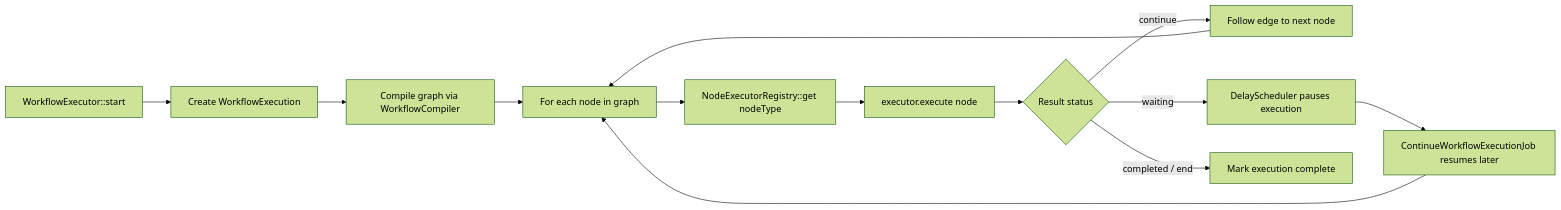
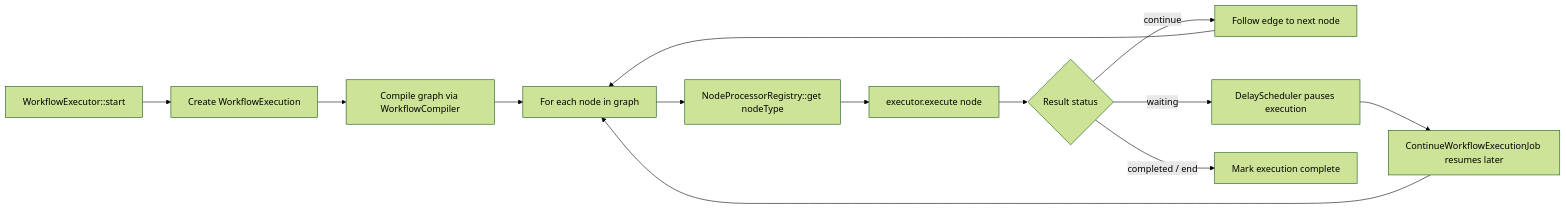
One commit to Gokul-HIP/HIP_backend changed the second of 3 diagrams in docs/workflow/MODULES_ARCHITECTURE_AND_AUTOMATION_ENGINE.md. Above: the diagram before and after it, drawn with Mermaid (forest theme). The commit also changed other lines of this file and 227 other files, not shown here.

Commit message:
automation engin event,trigger,node processor

````diff
--- a/docs/workflow/MODULES_ARCHITECTURE_AND_AUTOMATION_ENGINE.md
+++ b/docs/workflow/MODULES_ARCHITECTURE_AND_AUTOMATION_ENGINE.md
@@ -119,15 +119,15 @@
 ```mermaid
 flowchart LR
     START[WorkflowExecutor::start] --> CREATE[Create WorkflowExecution]
     CREATE --> COMPILE[Compile graph via WorkflowCompiler]
     COMPILE --> LOOP[For each node in graph]
-    LOOP --> GET[NodeExecutorRegistry::get nodeType]
+    LOOP --> GET[NodeProcessorRegistry::get nodeType]
     GET --> EXEC[executor.execute node]
     EXEC --> RESULT{Result status}
     RESULT -->|continue| NEXT[Follow edge to next node]
     RESULT -->|waiting| DELAY[DelayScheduler pauses execution]
     RESULT -->|completed / end| DONE[Mark execution complete]
     NEXT --> LOOP
     DELAY --> JOB[ContinueWorkflowExecutionJob resumes later]
     JOB --> LOOP
 ```
````
